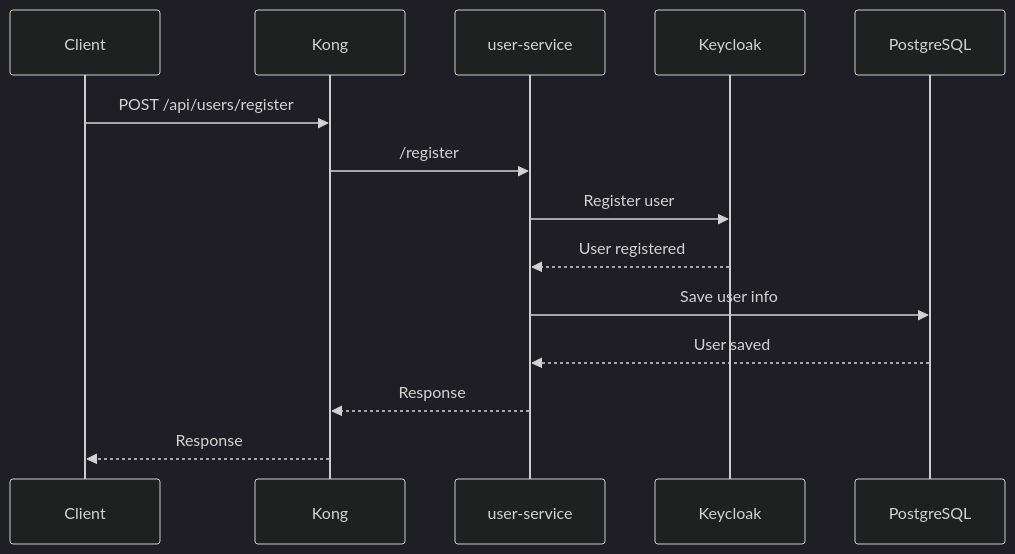
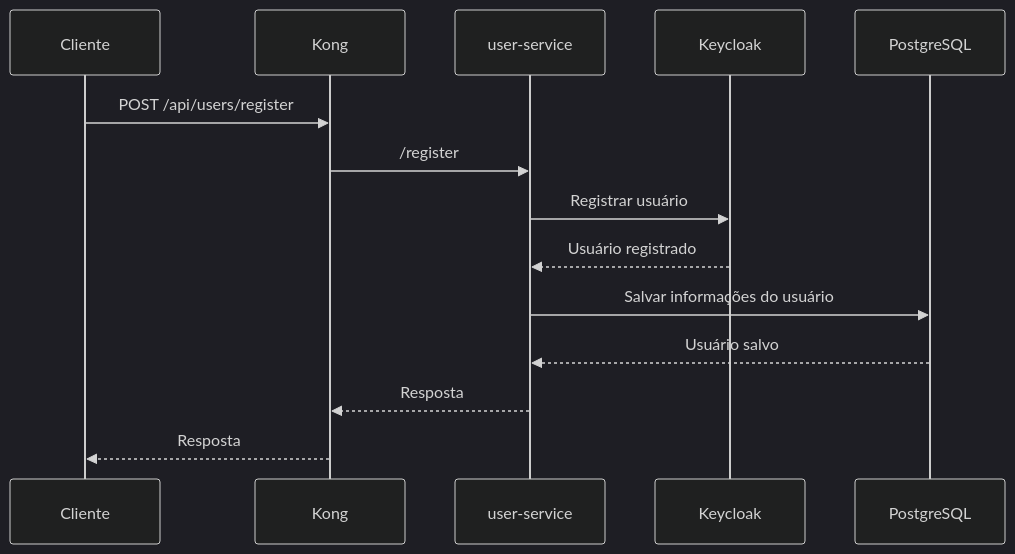
One commit to Thiagoldo/pos-unifametro-backend changed the first of 16 diagrams in docs/diagrams.md. Above: the diagram before and after it, drawn with Mermaid (dark theme). The commit also changed other lines of this file, not shown here.

Commit message:
docs: translate diagrams.md to portuguese

````diff
--- a/docs/diagrams.md
+++ b/docs/diagrams.md
@@ -7,17 +7,17 @@
 ```mermaid
 sequenceDiagram
-    participant Client
+    participant Cliente
     participant Kong
     participant user-service
     participant Keycloak
     participant PostgreSQL
 
-    Client->>Kong: POST /api/users/register
+    Cliente->>Kong: POST /api/users/register
     Kong->>user-service: /register
-    user-service->>Keycloak: Register user
-    Keycloak-->>user-service: User registered
-    user-service->>PostgreSQL: Save user info
-    PostgreSQL-->>user-service: User saved
-    user-service-->>Kong: Response
-    Kong-->>Client: Response
+    user-service->>Keycloak: Registrar usuário
+    Keycloak-->>user-service: Usuário registrado
+    user-service->>PostgreSQL: Salvar informações do usuário
+    PostgreSQL-->>user-service: Usuário salvo
+    user-service-->>Kong: Resposta
+    Kong-->>Cliente: Resposta
 ```
````
